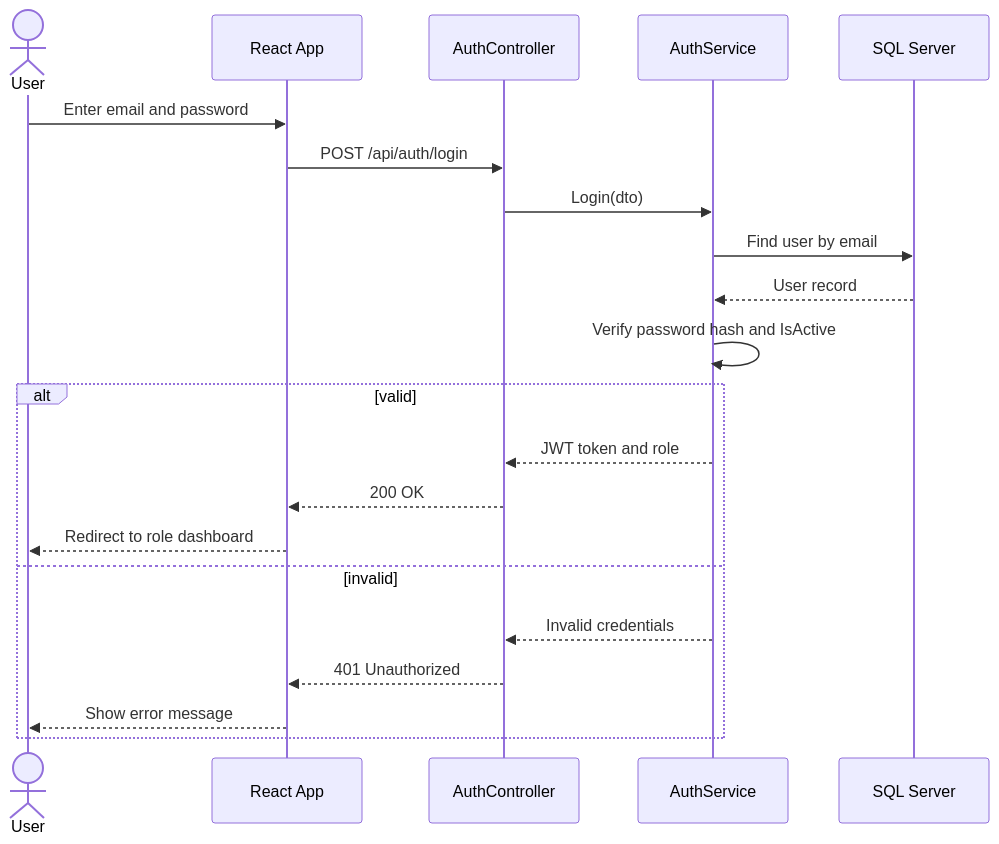
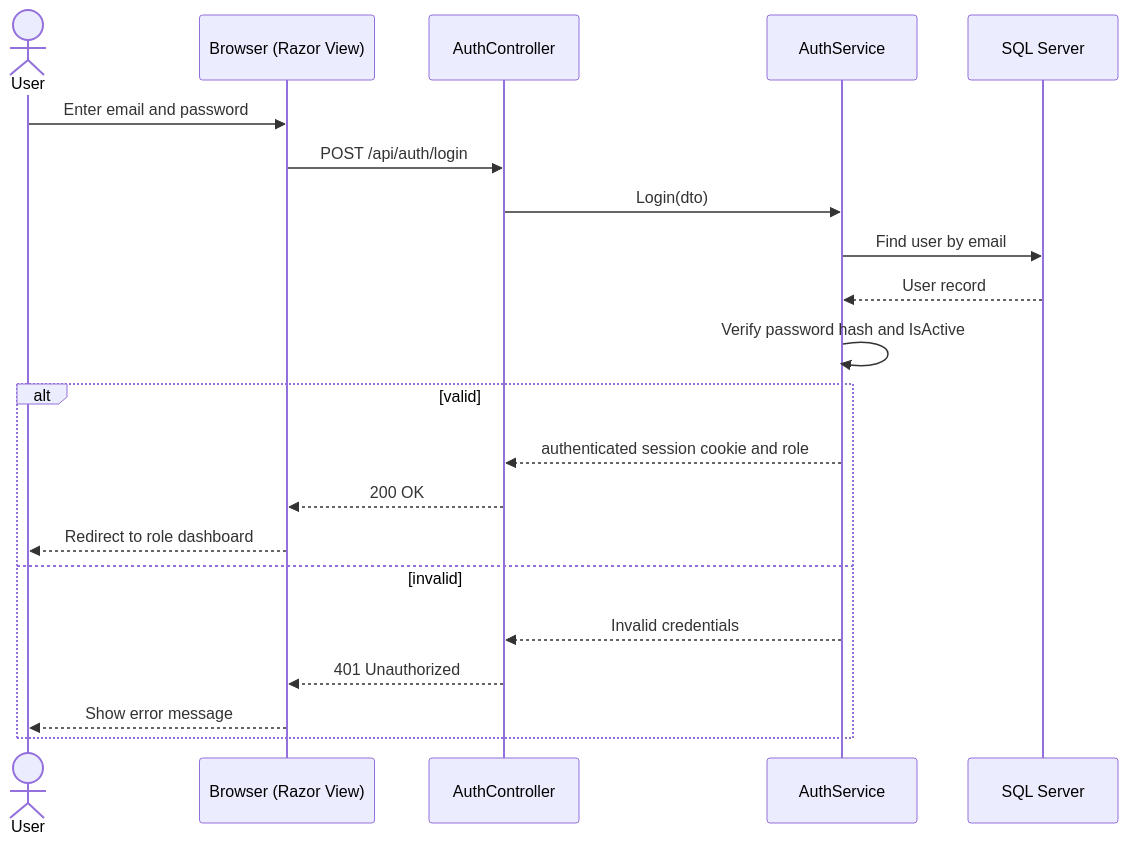
Before and after one commit to MohamedHany1n/Educational-Platform: the first of 3 diagrams in docs/4-analysis-design/07-sequence-diagrams.md, drawn with Mermaid. The commit also changed other lines of this file and 217 other files, not shown here.

````diff
--- a/docs/4-analysis-design/07-sequence-diagrams.md
+++ b/docs/4-analysis-design/07-sequence-diagrams.md
@@ -5,24 +5,24 @@
 ```mermaid
 sequenceDiagram
     actor U as User
-    participant FE as React App
+    participant FE as Browser (Razor View)
     participant API as AuthController
     participant SV as AuthService
     participant DB as SQL Server
 
     U->>FE: Enter email and password
     FE->>API: POST /api/auth/login
     API->>SV: Login(dto)
     SV->>DB: Find user by email
     DB-->>SV: User record
     SV->>SV: Verify password hash and IsActive
     alt valid
-        SV-->>API: JWT token and role
+        SV-->>API: authenticated session cookie and role
         API-->>FE: 200 OK
         FE-->>U: Redirect to role dashboard
     else invalid
         SV-->>API: Invalid credentials
         API-->>FE: 401 Unauthorized
         FE-->>U: Show error message
     end
 ```
````
